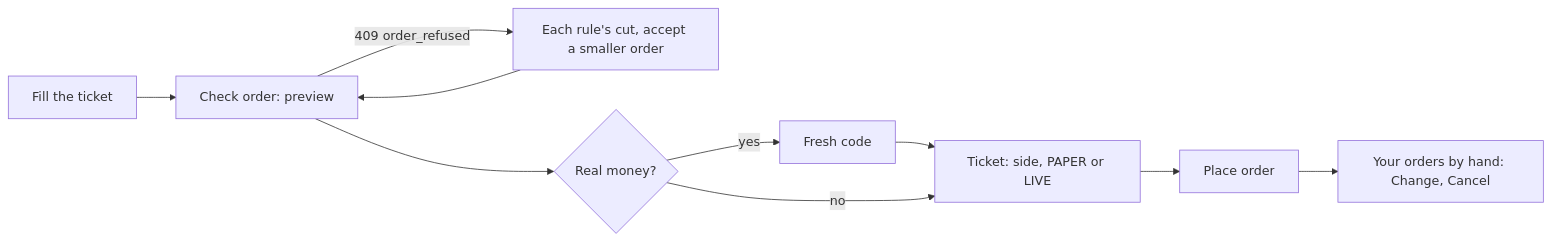
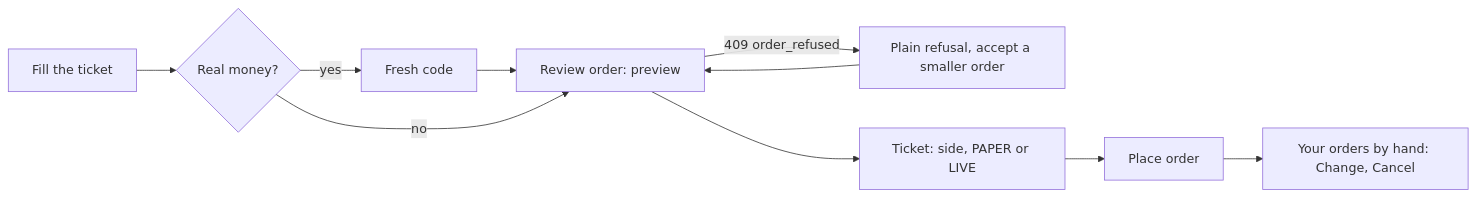
The seventh of 12 diagrams in docs/ui.md (sleousis/Stonks), drawn with Mermaid before and after one commit. The commit also changed other lines of this file and 375 other files, not shown here.

First line of the commit message:
End-to-end UX review: simpler flows, plain names and copy (#48)

````diff
--- a/docs/ui.md
+++ b/docs/ui.md
@@ -1226,10 +1228,10 @@
 ```mermaid
 flowchart LR
-  F[Fill the ticket] --> C[Check order: preview]
-  C -->|409 order_refused| R[Each rule's cut, accept a smaller order]
+  F[Fill the ticket] --> L{Real money?}
+  L -->|yes| S[Fresh code] --> C
+  L -->|no| C[Review order: preview]
+  C -->|409 order_refused| R[Plain refusal, accept a smaller order]
   R --> C
-  C --> L{Real money?}
-  L -->|yes| S[Fresh code] --> T
-  L -->|no| T[Ticket: side, PAPER or LIVE]
+  C --> T[Ticket: side, PAPER or LIVE]
   T --> P[Place order] --> W[Your orders by hand: Change, Cancel]
 ```
````
